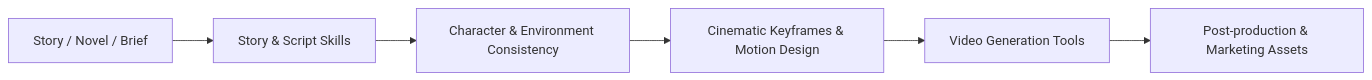
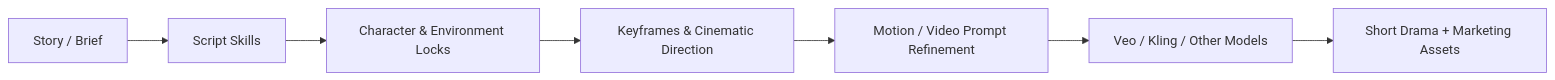
One commit to chusday97/ai-cinematic-pipeline changed the first of 2 diagrams in README.md. Above: the diagram before and after it, drawn with Mermaid. The commit also changed other lines of this file, not shown here.

Commit message:
Polish cinematic pipeline README hero and discovery

````diff
--- a/README.md
+++ b/README.md
@@ -15,8 +13,9 @@
 ```mermaid
 flowchart LR
-  A[Story / Novel / Brief] --> B[Story & Script Skills]
-  B --> C[Character & Environment Consistency]
-  C --> D[Cinematic Keyframes & Motion Design]
-  D --> E[Video Generation Tools]
-  E --> F[Post-production & Marketing Assets]
+  A[Story / Brief] --> B[Script Skills]
+  B --> C[Character & Environment Locks]
+  C --> D[Keyframes & Cinematic Direction]
+  D --> E[Motion / Video Prompt Refinement]
+  E --> F[Veo / Kling / Other Models]
+  F --> G[Short Drama + Marketing Assets]
 ```
````
